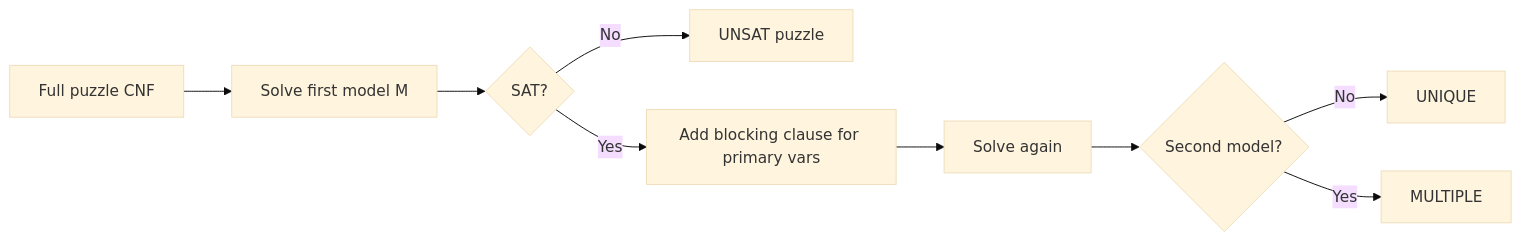
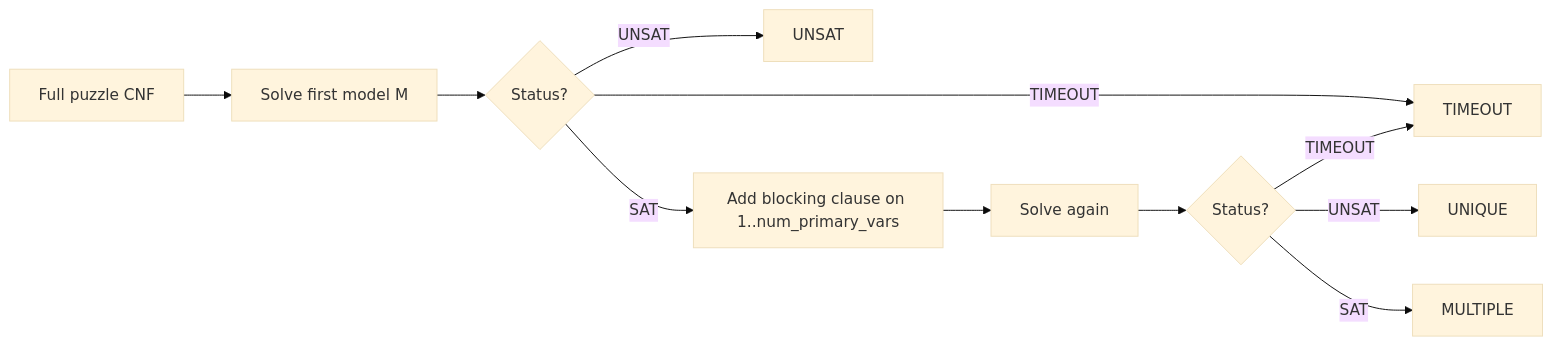
One commit to vannguyn/Griductive-Solver changed diagram 12 of 18 in Workflow.md. Above: the diagram before and after it, drawn with Mermaid (base theme). The commit also changed other lines of this file, not shown here.

Commit message:
docs(workflow): replace HTTP API with GameSession/PyQt6 flow and sync contracts

````diff
--- a/Workflow.md
+++ b/Workflow.md
@@ -498,11 +523,13 @@
 ```mermaid
 flowchart LR
     A[Full puzzle CNF] --> B[Solve first model M]
-    B --> C{SAT?}
-    C -- No --> D[UNSAT puzzle]
-    C -- Yes --> E[Add blocking clause for primary vars]
+    B --> C{Status?}
+    C -- UNSAT --> D[UNSAT]
+    C -- TIMEOUT --> T[TIMEOUT]
+    C -- SAT --> E[Add blocking clause on 1..num_primary_vars]
     E --> F[Solve again]
-    F --> G{Second model?}
-    G -- No --> H[UNIQUE]
-    G -- Yes --> I[MULTIPLE]
+    F --> G{Status?}
+    G -- UNSAT --> H[UNIQUE]
+    G -- SAT --> I[MULTIPLE]
+    G -- TIMEOUT --> T
 ```
````
